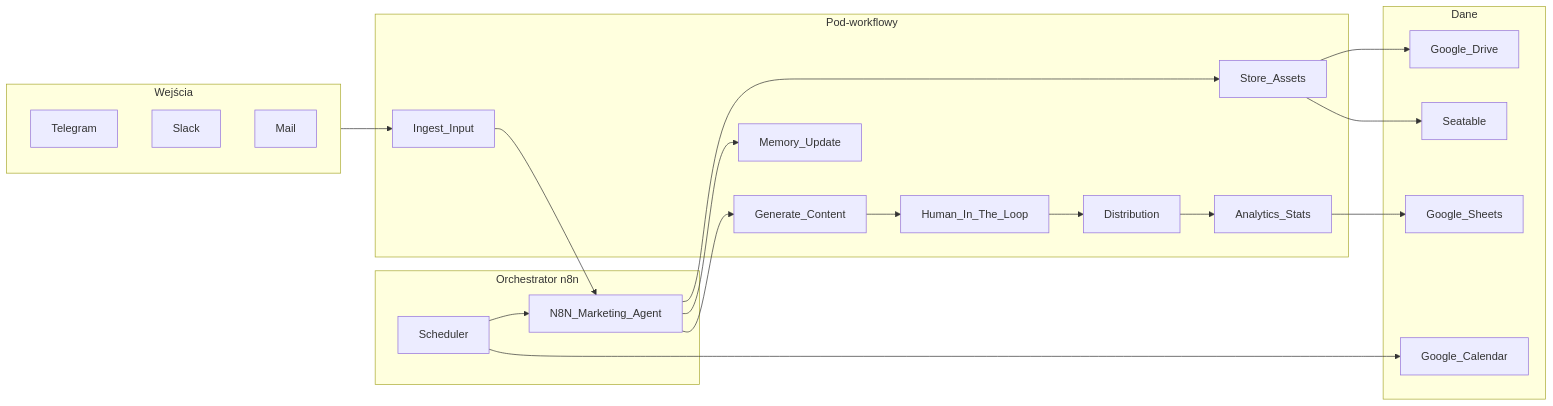
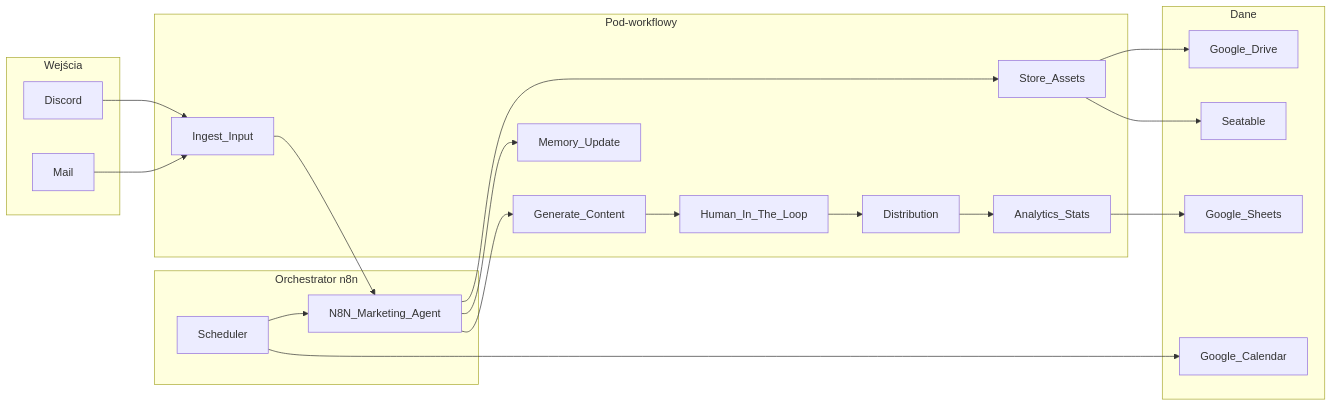
The diagram in docs/roadmap.md (CareerGuidePL/CGmarketingAgent), drawn with Mermaid before and after one commit. The commit also changed other lines of this file and 6 other files, not shown here.

First line of the commit message:
[MS] docs: switch input channel from Telegram to Discord

````diff
--- a/docs/roadmap.md
+++ b/docs/roadmap.md
@@ -105,40 +105,40 @@
 ```mermaid
 flowchart LR
   subgraph triggers [Wejścia]
-    TG[Telegram]
-    SL[Slack]
+    DC[Discord]
     ML[Mail]
   end
   subgraph orch [Orchestrator n8n]
     SCH[Scheduler]
     AG[N8N_Marketing_Agent]
     SCH --> AG
   end
   subgraph subwf [Pod-workflowy]
     ING[Ingest_Input]
     STO[Store_Assets]
     GEN[Generate_Content]
     DIS[Distribution]
     HITL[Human_In_The_Loop]
     MEM[Memory_Update]
     ANA[Analytics_Stats]
   end
   subgraph data [Dane]
     GD[Google_Drive]
     ST[Seatable]
     SH[Google_Sheets]
     GC[Google_Calendar]
   end
-  triggers --> ING
+  DC --> ING
+  ML --> ING
   ING --> AG
   AG --> STO
   AG --> GEN
   GEN --> HITL
   HITL --> DIS
   AG --> MEM
   DIS --> ANA
   STO --> GD
   STO --> ST
   ANA --> SH
   SCH --> GC
 ```
````
